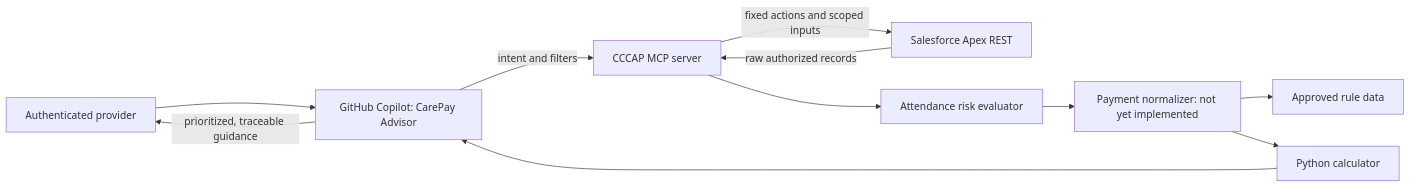
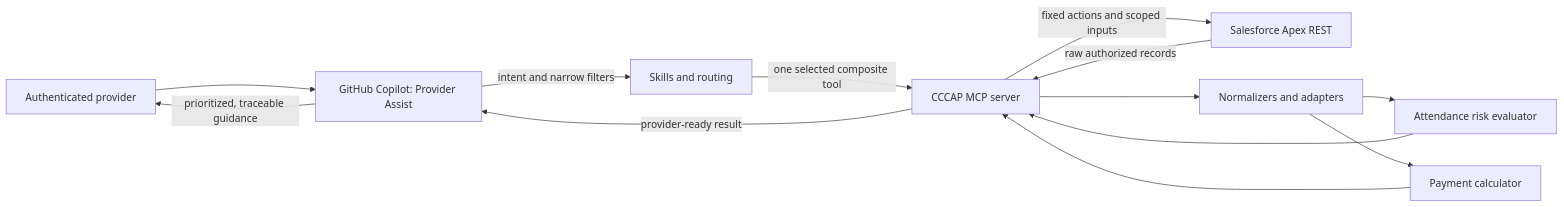
Before and after one commit to shashanksingla/OEC-CHATS-Conversational-Agent: the first of 2 diagrams in architecture.md, drawn with Mermaid. The commit also changed other lines of this file and 48 other files, not shown here.

````diff
--- a/architecture.md
+++ b/architecture.md
@@ -22,13 +22,15 @@
 ```mermaid
 flowchart LR
-    P[Authenticated provider] --> C[GitHub Copilot: CarePay Advisor]
-    C -->|intent and filters| M[CCCAP MCP server]
+    P[Authenticated provider] --> C[GitHub Copilot: Provider Assist]
+    C -->|intent and narrow filters| SK[Skills and routing]
+    SK -->|one selected composite tool| M[CCCAP MCP server]
     M -->|fixed actions and scoped inputs| S[Salesforce Apex REST]
     S -->|raw authorized records| M
-    M --> A[Attendance risk evaluator]
-    A --> N[Payment normalizer: not yet implemented]
-    N --> R[Approved rule data]
-    N --> D[Python calculator]
-    D --> C
+    M --> N[Normalizers and adapters]
+    N --> A[Attendance risk evaluator]
+    N --> D[Payment calculator]
+    A --> M
+    D --> M
+    M -->|provider-ready result| C
     C -->|prioritized, traceable guidance| P
 ```
````
